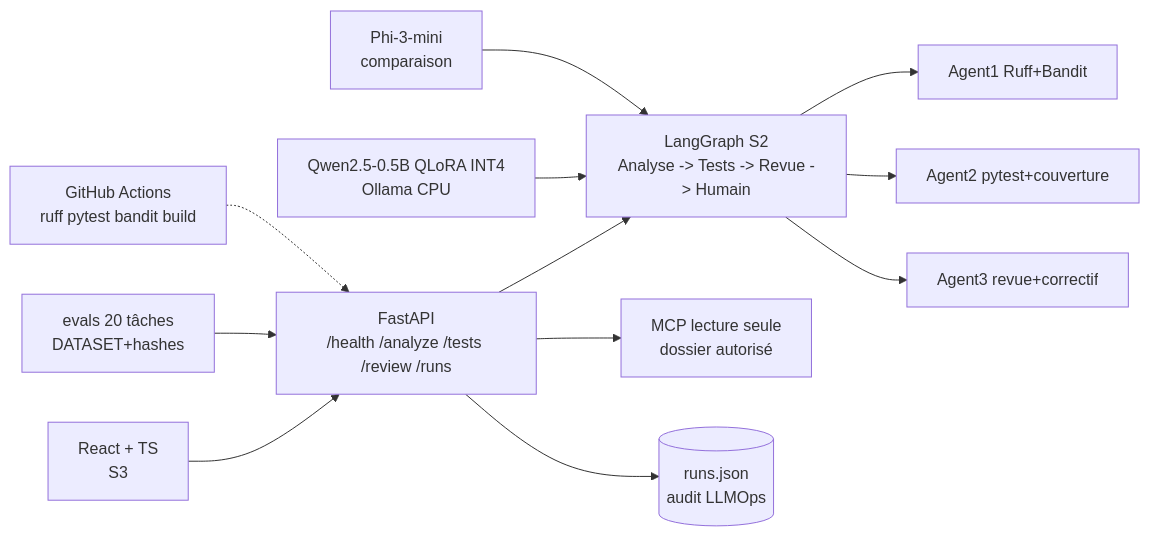
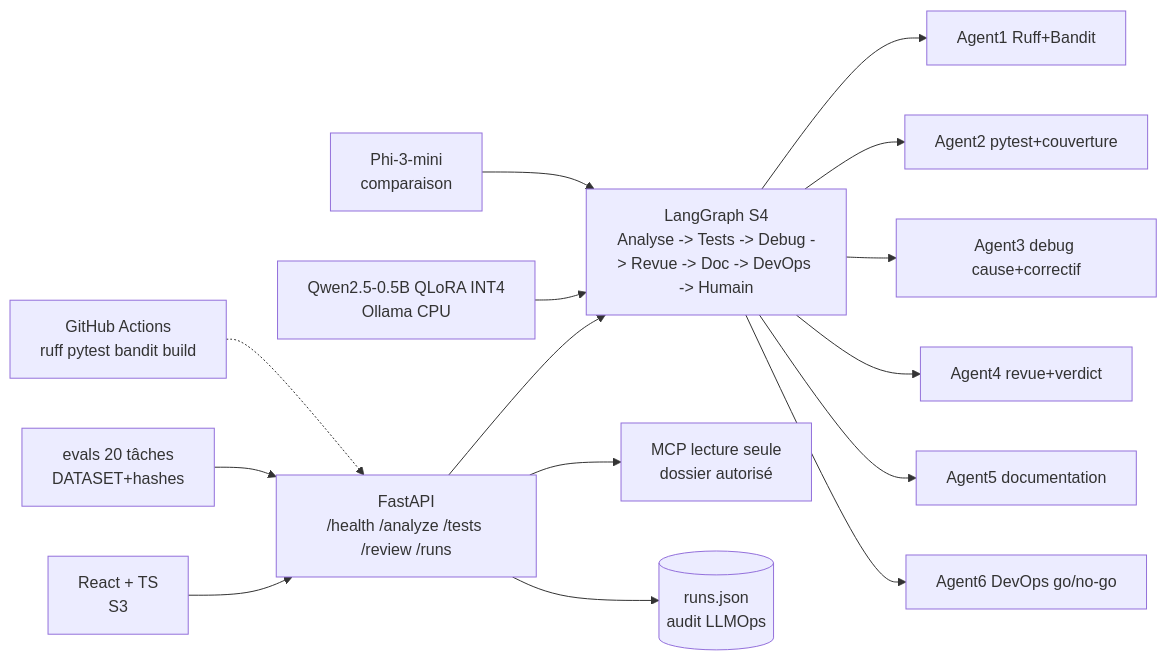
The first of 2 diagrams in docs/ARCHITECTURE.md (Marouanof/slm-se-assistant), drawn with Mermaid before and after one commit. The commit also changed other lines of this file and 12 other files, not shown here.

````diff
--- a/docs/ARCHITECTURE.md
+++ b/docs/ARCHITECTURE.md
@@ -5,14 +5,17 @@
 ```mermaid
 flowchart LR
   UI[React + TS<br/>S3] --> API[FastAPI<br/>/health /analyze /tests /review /runs]
-  API --> G[LangGraph S2<br/>Analyse -> Tests -> Revue -> Humain]
+  API -->   G[LangGraph S4<br/>Analyse -> Tests -> Debug -> Revue -> Doc -> DevOps -> Humain]
   G --> T1[Agent1 Ruff+Bandit]
   G --> T2[Agent2 pytest+couverture]
-  G --> T3[Agent3 revue+correctif]
+  G --> T3[Agent3 debug cause+correctif]
+  G --> T4[Agent4 revue+verdict]
+  G --> T5[Agent5 documentation]
+  G --> T6[Agent6 DevOps go/no-go]
   API --> MCP[MCP lecture seule<br/>dossier autorisé]
   API --> DB[(runs.json<br/>audit LLMOps)]
   LLM1[Qwen2.5-0.5B QLoRA INT4<br/>Ollama CPU] --> G
   LLM2[Phi-3-mini<br/>comparaison] --> G
   EVALS[evals 20 tâches<br/>DATASET+hashes] --> API
   CI[GitHub Actions<br/>ruff pytest bandit build] -.-> API
 ```
````
